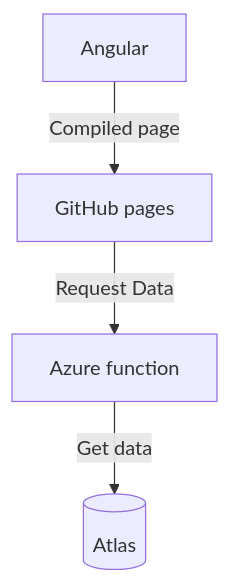
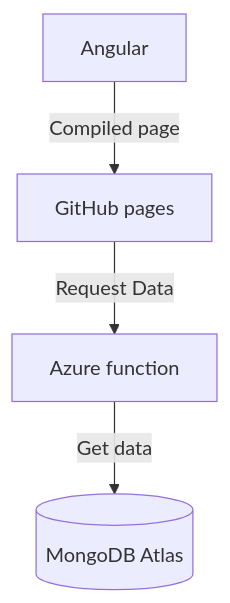
One commit to Stebis-dev/Tix changed the diagram in readme.md. Above: the diagram before and after it, drawn with Mermaid. The commit also changed other lines of this file, not shown here.

````diff
--- a/readme.md
+++ b/readme.md
@@ -7,7 +11,7 @@
 ```mermaid
 flowchart TD
 A[Angular] -->|Compiled page| B
 B[GitHub pages] -->|Request Data| C[Azure function]
-C --> |Get data|D[(Atlas)]
+C --> |Get data|D[(MongoDB Atlas)]
 
 ```
````
